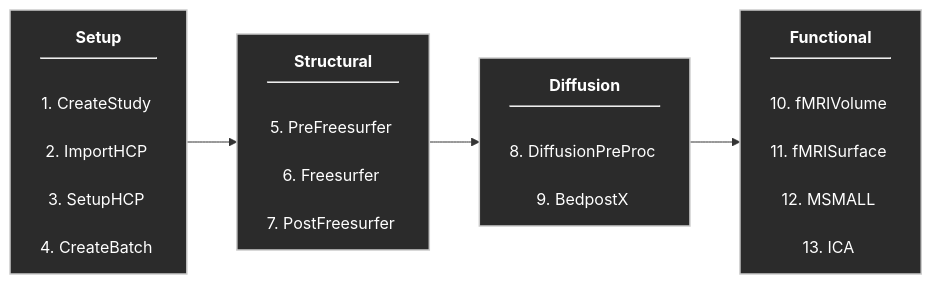
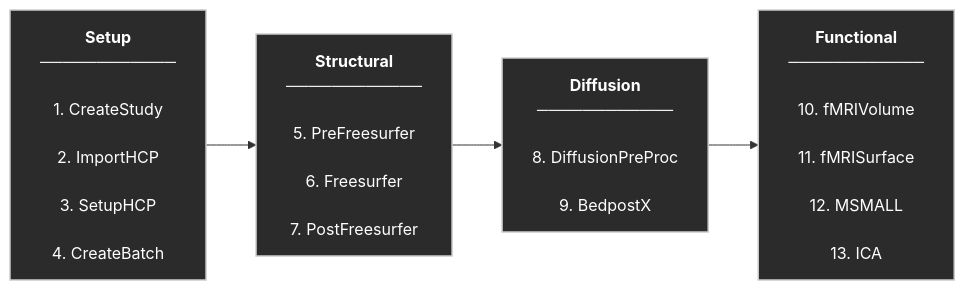
Before and after one commit to SPMIC-UoN/QuNex_Processing_Pipeline: the diagram in README.md, drawn with Mermaid. The commit also changed other lines of this file, not shown here.

````diff
--- a/README.md
+++ b/README.md
@@ -44,34 +38,29 @@
 ```mermaid
 flowchart LR
 
-%% ---------- Styling ----------
 classDef stage fill:#2b2b2b,stroke:#cccccc,stroke-width:1.5px,color:#ffffff;
 
-%% ---------- Pipeline Stages ----------
-Setup["<b>Setup</b><hr/>
-1. CreateStudy&nbsp;<br/>
-2. ImportHCP&nbsp;<br/>
-3. SetupHCP&nbsp;<br/>
-4. CreateBatch&nbsp;"]
+Setup["<b>Setup</b><br/>────────────<br/>
+1. CreateStudy<br/>
+2. ImportHCP<br/>
+3. SetupHCP<br/>
+4. CreateBatch"]
 
-Structural["<b>Structural</b><hr/>
-5. PreFreesurfer&nbsp;<br/>
-6. Freesurfer&nbsp;<br/>
-7. PostFreesurfer&nbsp;"]
+Structural["<b>Structural</b><br/>────────────<br/>
+5. PreFreesurfer<br/>
+6. Freesurfer<br/>
+7. PostFreesurfer"]
 
-Diffusion["<b>Diffusion</b><hr/>
-8. DiffusionPreProc&nbsp;<br/>
-9. BedpostX&nbsp;"]
+Diffusion["<b>Diffusion</b><br/>────────────<br/>
+8. DiffusionPreProc<br/>
+9. BedpostX"]
 
-Functional["<b>Functional</b><hr/>
-10. fMRIVolume&nbsp;<br/>
-11. fMRISurface&nbsp;<br/>
-12. MSMALL&nbsp;<br/>
-13. ICA&nbsp;"]
+Functional["<b>Functional</b><br/>────────────<br/>
+10. fMRIVolume<br/>
+11. fMRISurface<br/>
+12. MSMALL<br/>
+13. ICA"]
 
-%% ---------- Connections ----------
 Setup --> Structural --> Diffusion --> Functional
-
-%% ---------- Apply Style ----------
 class Setup,Structural,Diffusion,Functional stage;
 ```
````
